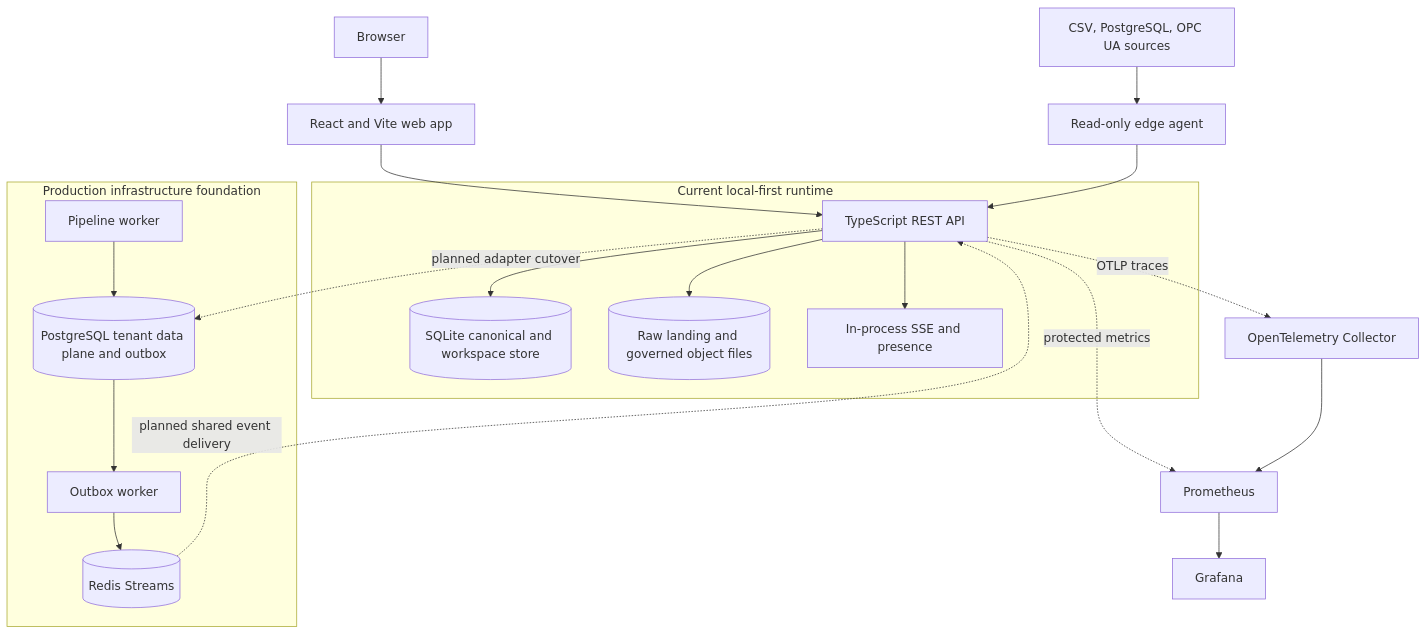
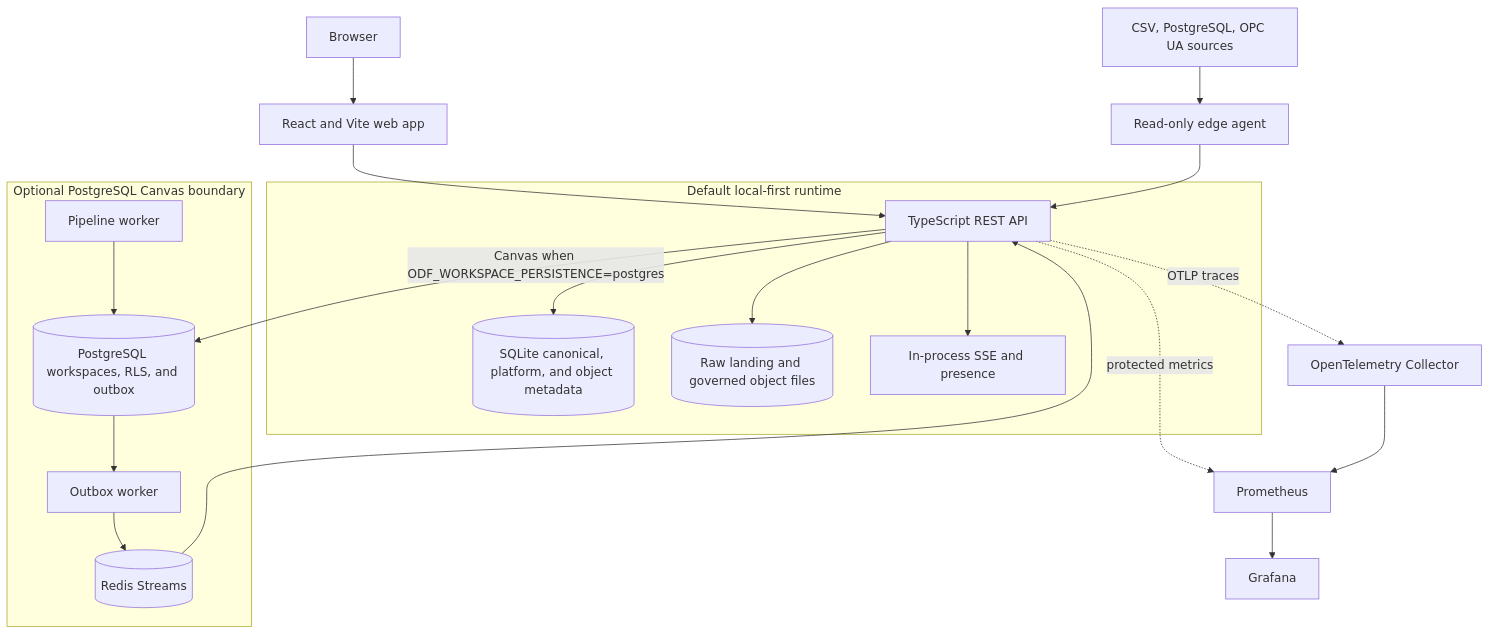
Before and after one commit to HaydernCenterpoint/Open-Data-Fusion: the first of 2 diagrams in README.md, drawn with Mermaid. The commit also changed other lines of this file and 50 other files, not shown here.

Commit message:
Harden PostgreSQL Canvas production cutover

````diff
--- a/README.md
+++ b/README.md
@@ -110,29 +111,29 @@
 ```mermaid
 flowchart TB
     Browser[Browser] --> Web[React and Vite web app]
     Web --> API[TypeScript REST API]
 
     Sources[CSV, PostgreSQL, OPC UA sources] --> Edge[Read-only edge agent]
     Edge --> API
 
-    subgraph Local[Current local-first runtime]
-        API --> SQLite[(SQLite canonical and workspace store)]
+    subgraph Local[Default local-first runtime]
+        API --> SQLite[(SQLite canonical, platform, and object metadata)]
         API --> Files[(Raw landing and governed object files)]
         API --> SSE[In-process SSE and presence]
     end
 
-    subgraph Foundation[Production infrastructure foundation]
-        PG[(PostgreSQL tenant data plane and outbox)]
+    subgraph CanvasCutover[Optional PostgreSQL Canvas boundary]
+        PG[(PostgreSQL workspaces, RLS, and outbox)]
         Pipeline[Pipeline worker] --> PG
         PG --> Outbox[Outbox worker]
         Outbox --> Redis[(Redis Streams)]
+        Redis --> API
     end
 
-    API -. planned adapter cutover .-> PG
-    Redis -. planned shared event delivery .-> API
+    API -->|Canvas when ODF_WORKSPACE_PERSISTENCE=postgres| PG
 
     API -. OTLP traces .-> Collector[OpenTelemetry Collector]
     API -. protected metrics .-> Prometheus[Prometheus]
     Collector --> Prometheus
     Prometheus --> Grafana[Grafana]
 ```
````
